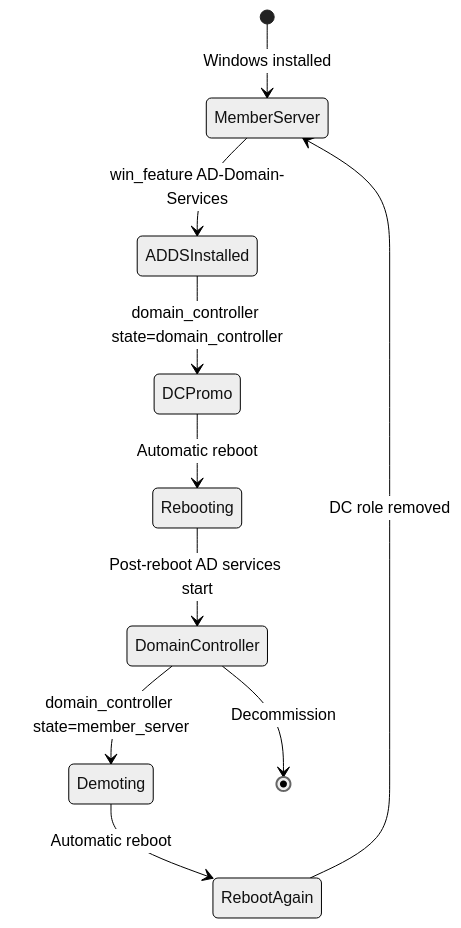
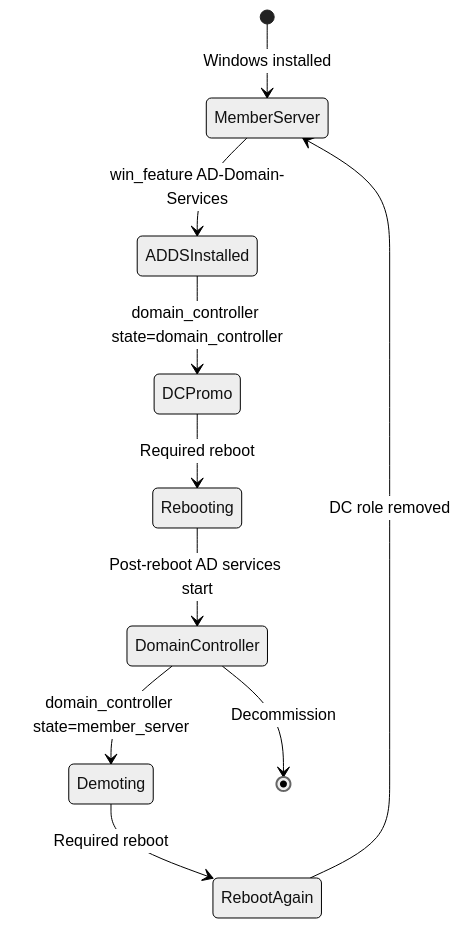
The diagram in posts/2026-02-21-how-to-use-ansible-win-domain-controller-module/README.md (OneUptime/blog), drawn with Mermaid (neutral theme) before and after one commit. The commit also changed other lines of this file and 2 other files, not shown here.

````diff
--- a/posts/2026-02-21-how-to-use-ansible-win-domain-controller-module/README.md
+++ b/posts/2026-02-21-how-to-use-ansible-win-domain-controller-module/README.md
@@ -309,12 +310,12 @@
 ```mermaid
 stateDiagram-v2
     [*] --> MemberServer: Windows installed
     MemberServer --> ADDSInstalled: win_feature AD-Domain-Services
     ADDSInstalled --> DCPromo: domain_controller state=domain_controller
-    DCPromo --> Rebooting: Automatic reboot
+    DCPromo --> Rebooting: Required reboot
     Rebooting --> DomainController: Post-reboot AD services start
     DomainController --> Demoting: domain_controller state=member_server
-    Demoting --> RebootAgain: Automatic reboot
+    Demoting --> RebootAgain: Required reboot
     RebootAgain --> MemberServer: DC role removed
     DomainController --> [*]: Decommission
 ```
````
